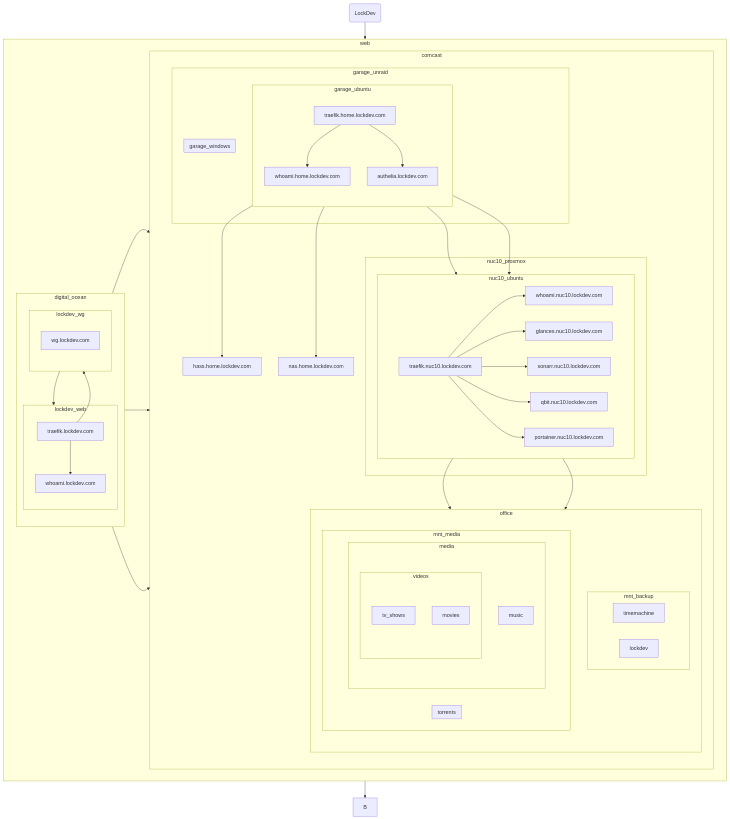
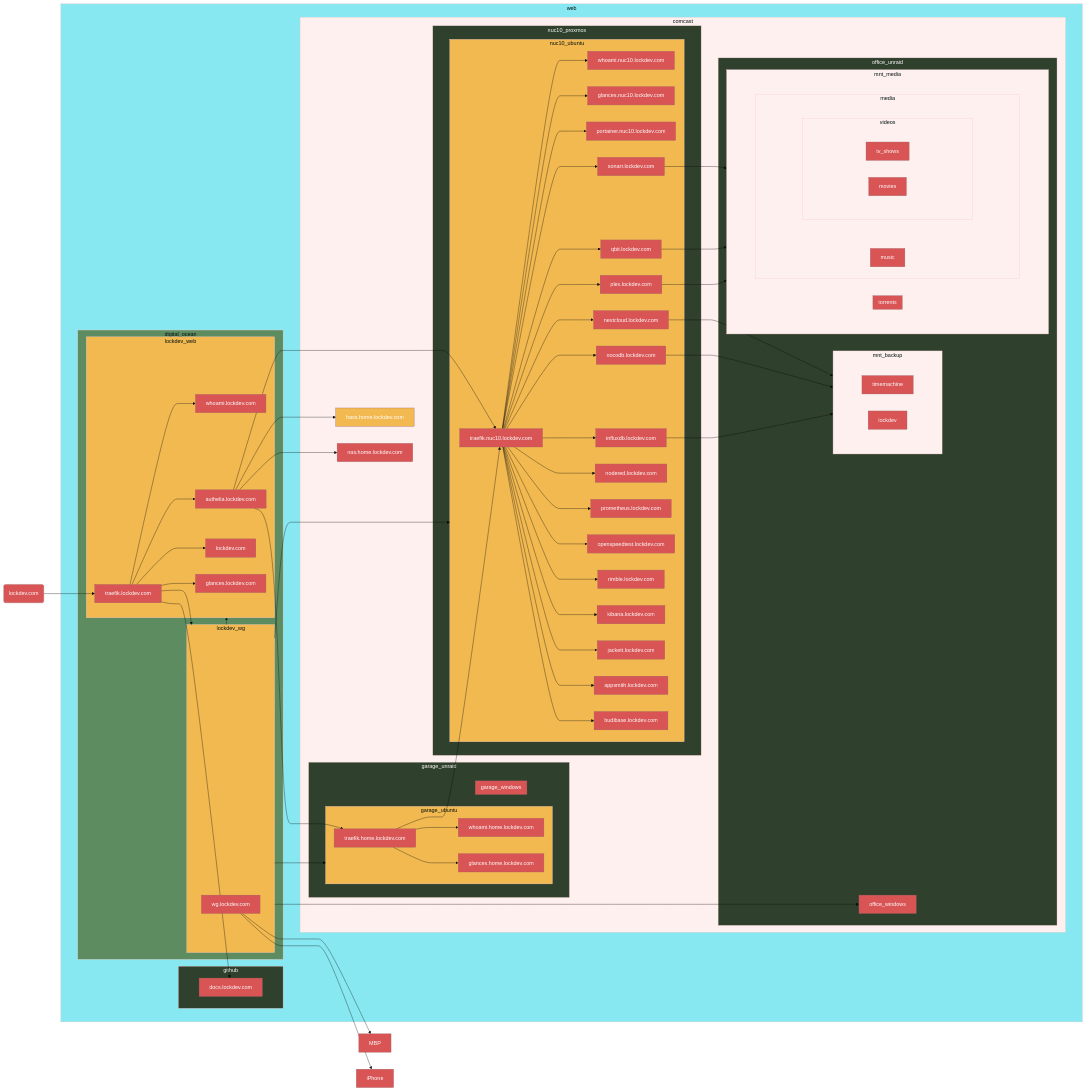
The diagram in docs/diagrams/architecture.md (MikeLockz/lockdev-docs), drawn with Mermaid before and after one commit. The commit also changed 2 other files, not shown here.

Commit message:
First pass at a custom theme

````diff
--- a/docs/diagrams/architecture.md
+++ b/docs/diagrams/architecture.md
@@ -3,82 +3,162 @@
 ```mermaid
-flowchart TB
+%%{init: {'theme': 'base', 'themeVariables': { 'primaryColor': '#D95555', 'primaryTextColor': '#FFFFFF', 'edgeLabelBackground':'#D95555', 'tertiaryColor': '#fff0f0'}}}%%
+
+flowchart LR
   subgraph web
-    direction LR
-    subgraph digital_ocean
-        direction TB
-        subgraph lockdev_web
-          traefik.lockdev.com --> whoami.lockdev.com
-        end
+    subgraph web_pad [ ]
+    
+      subgraph github
+        docs.lockdev.com
+      end
 
-        subgraph lockdev_wg
-          wg.lockdev.com
-        end
-
-        traefik.lockdev.com --> lockdev_wg
-    end
-    subgraph comcast
-        direction TB
-        subgraph garage_unraid
-            subgraph garage_ubuntu
-              direction TB
-              traefik.home.lockdev.com --> whoami.home.lockdev.com
-              traefik.home.lockdev.com --> authelia.lockdev.com
-            end
+      subgraph digital_ocean
+          
+          subgraph lockdev_web
+            traefik.lockdev.com --> whoami.lockdev.com
+            traefik.lockdev.com --> authelia.lockdev.com
+            traefik.lockdev.com --> lockdev.com
+            traefik.lockdev.com --> glances.lockdev.com
+            authelia.lockdev.com
+            lockdev.com
             
-            subgraph garage_windows
-            end
-        end
-        authelia.lockdev.com --> hass.home.lockdev.com
-        authelia.lockdev.com --> nas.home.lockdev.com
-        authelia.lockdev.com --> traefik.nuc10.lockdev.com
-        
-        subgraph nuc10_proxmox
-          subgraph nuc10_ubuntu
-            direction LR
-
-            traefik.nuc10.lockdev.com --> whoami.nuc10.lockdev.com
-            traefik.nuc10.lockdev.com --> glances.nuc10.lockdev.com
-            traefik.nuc10.lockdev.com --> sonarr.nuc10.lockdev.com
-            traefik.nuc10.lockdev.com --> qbit.nuc10.lockdev.com
-            traefik.nuc10.lockdev.com --> portainer.nuc10.lockdev.com
           end
 
-          
-        end
-
-        subgraph office
-          direction TB
-          subgraph mnt_backup
-            timemachine
-            lockdev
-          end
-          subgraph mnt_media
-            direction LR
-            subgraph torrents
-            end
-            subgraph media
-              subgraph videos
-                tv_shows
-                movies
-              end
-              music
-            end
-              
+          subgraph lockdev_wg
+            wg.lockdev.com
           end
 
-          sonarr.nuc10.lockdev.com --> mnt_media
-          qbit.nuc10.lockdev.com --> mnt_media
-        end
-        
-        traefik.home.lockdev.com --> traefik.nuc10.lockdev.com
-        
+          traefik.lockdev.com --> lockdev_wg
+      end
+      subgraph comcast        
+          subgraph garage_unraid
+            subgraph garage_unraid_pad [ ]
+              subgraph garage_ubuntu
+                traefik.home.lockdev.com --> whoami.home.lockdev.com
+                
+                traefik.home.lockdev.com --> glances.home.lockdev.com
+              end
+              
+              subgraph garage_windows
+              end
+            end
+          end
+          authelia.lockdev.com --> hass.home.lockdev.com
+          authelia.lockdev.com --> nas.home.lockdev.com
+          authelia.lockdev.com --> traefik.home.lockdev.com
+          authelia.lockdev.com --> traefik.nuc10.lockdev.com
+          traefik.lockdev.com --> docs.lockdev.com
+          
+          subgraph nuc10_proxmox
+            subgraph nuc10_proxmox_pad [ ]
+              subgraph nuc10_ubuntu
+                traefik.nuc10.lockdev.com --> whoami.nuc10.lockdev.com
+                traefik.nuc10.lockdev.com --> glances.nuc10.lockdev.com
+                traefik.nuc10.lockdev.com --> portainer.nuc10.lockdev.com
+                traefik.nuc10.lockdev.com --> sonarr.lockdev.com
+                traefik.nuc10.lockdev.com --> qbit.lockdev.com
+                traefik.nuc10.lockdev.com --> plex.lockdev.com
+                traefik.nuc10.lockdev.com --> nextcloud.lockdev.com
+                traefik.nuc10.lockdev.com --> nocodb.lockdev.com
+                traefik.nuc10.lockdev.com --> influxdb.lockdev.com
+                traefik.nuc10.lockdev.com --> nodered.lockdev.com
+                traefik.nuc10.lockdev.com --> prometheus.lockdev.com
+                traefik.nuc10.lockdev.com --> openspeedtest.lockdev.com
+                traefik.nuc10.lockdev.com --> rimble.lockdev.com
+                traefik.nuc10.lockdev.com --> kibana.lockdev.com
+                traefik.nuc10.lockdev.com --> jackett.lockdev.com
+                traefik.nuc10.lockdev.com --> appsmith.lockdev.com
+                traefik.nuc10.lockdev.com --> budibase.lockdev.com
+              end
+            end
+          end
+
+          subgraph office_unraid
+            office_windows
+            
+            subgraph mnt_backup
+              subgraph mnt_backup_pad [ ]
+                timemachine
+                lockdev
+              end
+            end
+            subgraph mnt_media
+              subgraph mnt_media_pad [ ]
+                subgraph torrents
+                end
+              
+                subgraph media
+                  subgraph media_pad [ ]
+                    subgraph videos
+                      subgraph videos_pad [ ]
+                        tv_shows
+                        movies
+                      end
+                    end
+                  end
+                  music
+                end
+              end
+                
+            end
+
+            sonarr.lockdev.com --> mnt_media
+            qbit.lockdev.com --> mnt_media
+            plex.lockdev.com --> mnt_media
+            nextcloud.lockdev.com --> mnt_backup
+            nocodb.lockdev.com --> mnt_backup
+            influxdb.lockdev.com --> mnt_backup
+          end
+          
+          traefik.home.lockdev.com --> traefik.nuc10.lockdev.com
+          
+      end
     end
   end
-  A(LockDev) --> web --> B
-  lockdev_web --> garage_ubuntu
+
+
+  A(lockdev.com) --> traefik.lockdev.com
+  wg.lockdev.com --> MBP
+  wg.lockdev.com --> iPhone
+
+  
   lockdev_wg --> lockdev_web
   lockdev_wg --> garage_ubuntu
   lockdev_wg --> nuc10_ubuntu
+  lockdev_wg --> office_windows
 
   click A "https://lockdev.com/" "lockdev.com" _blank
+  click lockdev.com "https://lockdev.com" _blank
+  click traefik.lockdev.com "https://traefik.lockdev.com" _blank
+  click glances.lockdev.com "https://glances.lockdev.com" _blank
+  click whoami.lockdev.com "https://whoami.lockdev.com" _blank
+  click docs.lockdev.com "https://docs.lockdev.com" _blank
+  click hass.home.lockdev.com "https://hass.home.lockdev.com" _blank
+  click traefik.home.lockdev.com "https://traefik.home.lockdev.com" _blank
+  click glances.home.lockdev.com "https://glances.home.lockdev.com" _blank
+  click whoami.home.lockdev.com "https://whoami.home.lockdev.com" _blank
+  
+  click traefik.nuc10.lockdev.com "https://traefik.nuc10.lockdev.com" _blank
+  click whoami.nuc10.lockdev.com "https://whoami.nuc10.lockdev.com" _blank
+  click glances.nuc10.lockdev.com "https://glances.nuc10.lockdev.com" _blank
+  click portainer.nuc10.lockdev.com "https://portainer.nuc10.lockdev.com" _blank
+  click sonarr.lockdev.com "https://sonarr.lockdev.com" _blank
+  click qbit.lockdev.com "https://qbit.lockdev.com" _blank
+  click plex.lockdev.com "https://plex.lockdev.com" _blank
+  click budibase.lockdev.com "https://budibase.lockdev.com" _blank
+  click appsmith.lockdev.com "https://appsmith.lockdev.com" _blank
+
+  %% Defining node styles
+    classDef Blue fill:#88E8F2;
+    classDef Green	fill:#5E8C61;
+    classDef Dark_green fill:#2F402C,color:#FFFFFF;
+    classDef Yellow fill:#F2B950;
+    classDef Red fill:#D95555,color:#FFFFFF;
+    classDef Padding fill:none,stroke:none;
+  %% Assigning styles to nodes
+    class web Blue;
+    class digital_ocean,comcast Green;
+    class github,garage_unraid,nuc10_proxmox,office_unraid Dark_green;
+    class lockdev_web,lockdev_wg,garage_ubuntu,nuc10_ubuntu,hass.home.lockdev.com Yellow;
+    class A Red;
+    class web_pad,garage_unraid_pad,nuc10_proxmox_pad,mnt_backup_pad,mnt_media_pad,media_pad,videos_pad Padding;
 ```
````
